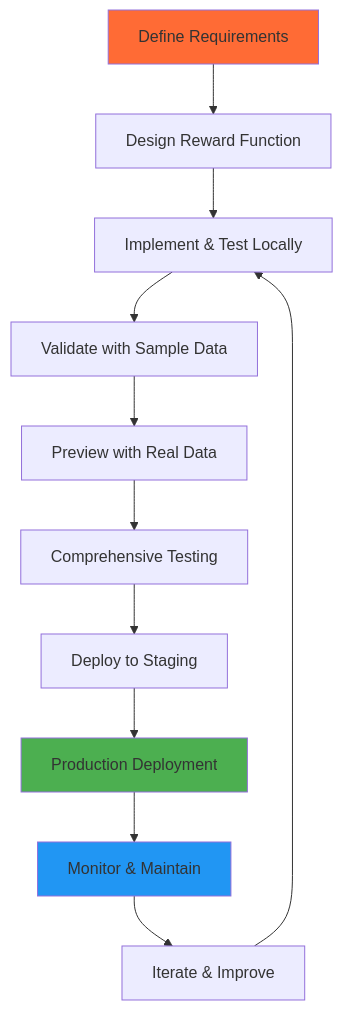
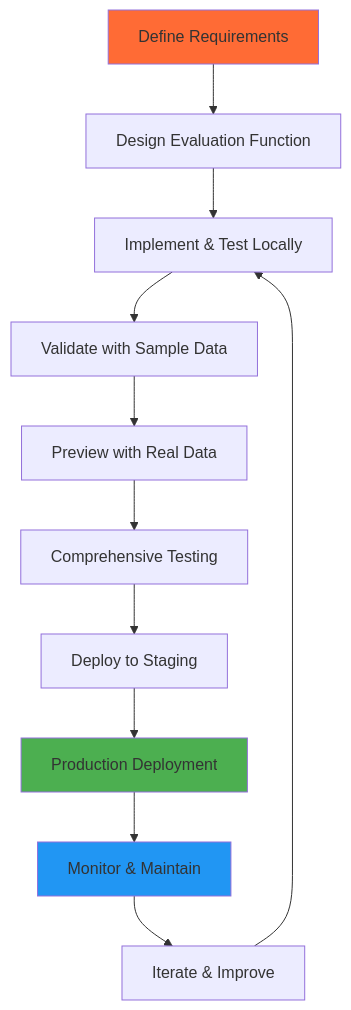
One commit to eval-protocol/eval-protocol changed the diagram in developer-guide/evaluation-workflows.mdx. Above: the diagram before and after it, drawn with Mermaid. The commit also changed other lines of this file and 28 other files, not shown here.

Commit message:
Evaluation function rename

````diff
--- a/developer-guide/evaluation-workflows.mdx
+++ b/developer-guide/evaluation-workflows.mdx
@@ -12,17 +12,17 @@
 ```mermaid
 graph TD
-    A[Define Requirements] --> B[Design Reward Function]
+    A[Define Requirements] --> B[Design Evaluation Function]
     B --> C[Implement & Test Locally]
     C --> D[Validate with Sample Data]
     D --> E[Preview with Real Data]
     E --> F[Comprehensive Testing]
     F --> G[Deploy to Staging]
     G --> H[Production Deployment]
     H --> I[Monitor & Maintain]
     I --> J[Iterate & Improve]
     J --> C
     
     style A fill:#ff6b35
     style H fill:#4caf50
     style I fill:#2196f3
 ```
````
